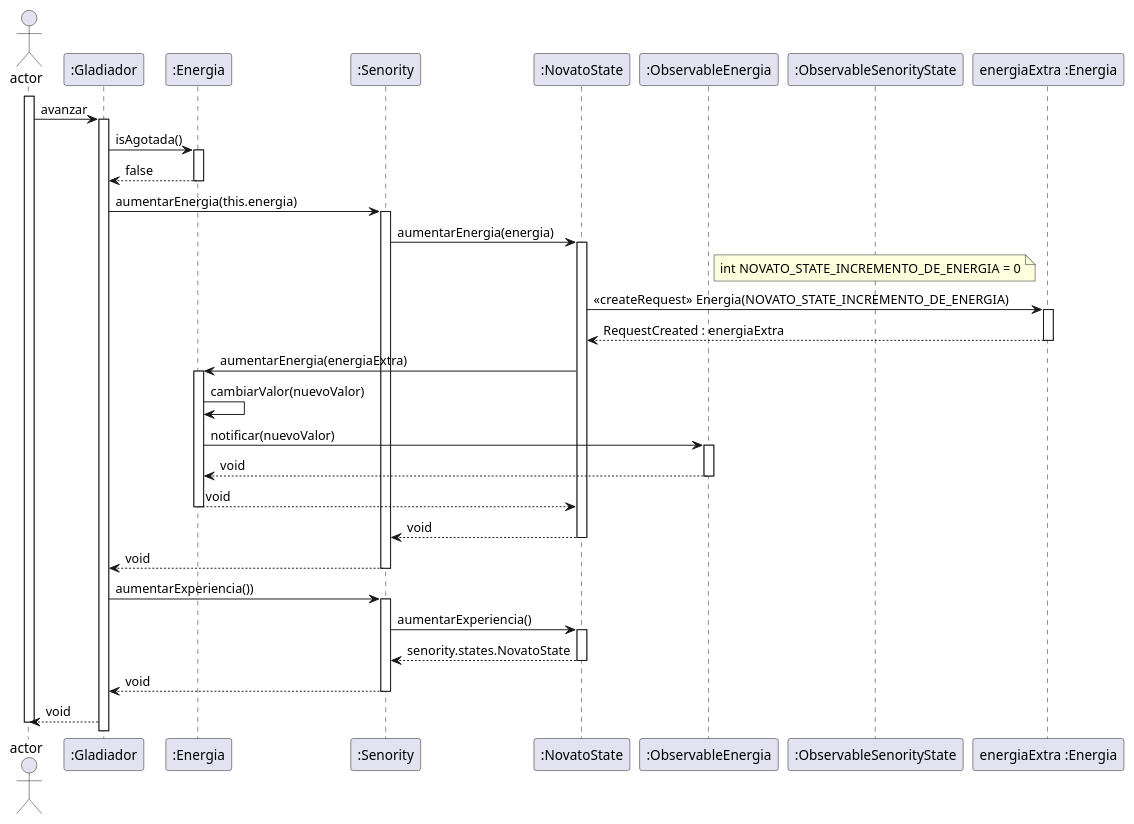
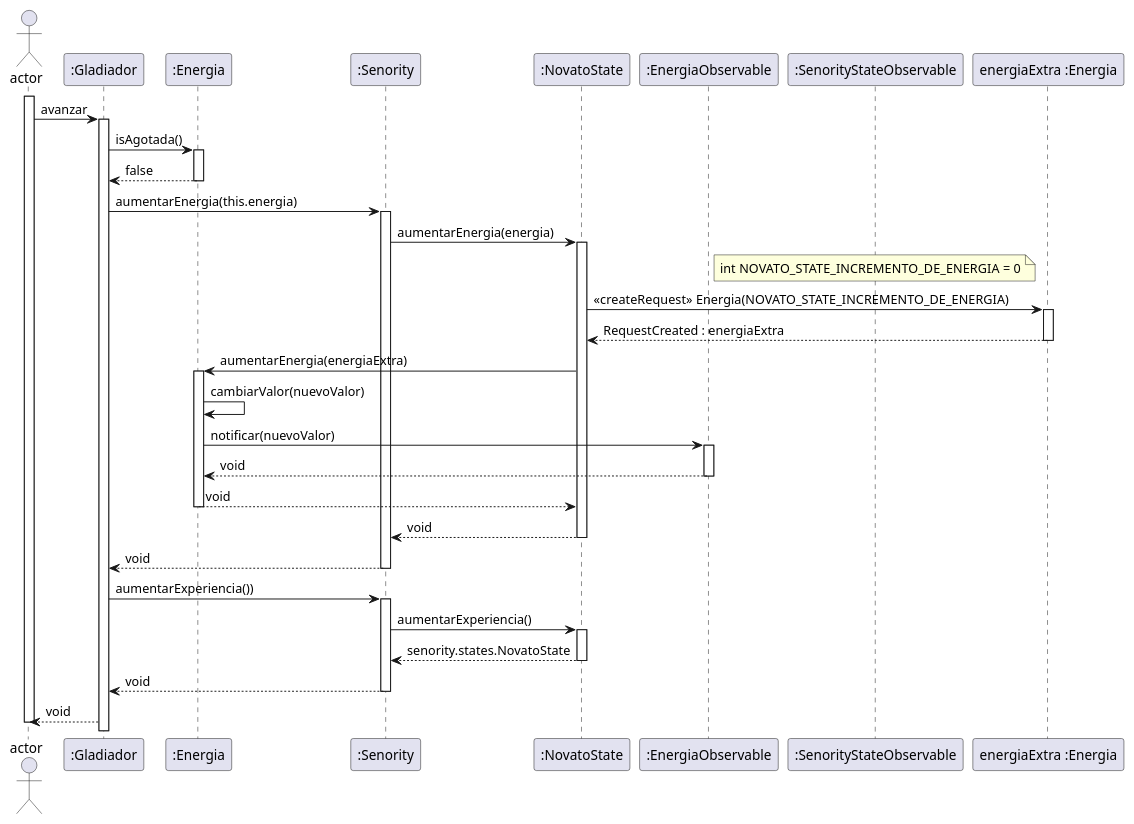
Before and after one commit to RodriguezNazareno56/FIUBA-Algo3-TP2: the diagram in diagrams/sequences/AvanzarGladiadorConSeniorityNovato_PolimorfimoAlIncrementarEnergiaDeAcuerdoAlSeniority.plantuml, drawn with PlantUML. The commit also changed 8 other files, not shown here.

Commit message:
cambio el nombre de los observables en los diagramas se secuencias (#203)

```diff
--- a/diagrams/sequences/AvanzarGladiadorConSeniorityNovato_PolimorfimoAlIncrementarEnergiaDeAcuerdoAlSeniority.plantuml
+++ b/diagrams/sequences/AvanzarGladiadorConSeniorityNovato_PolimorfimoAlIncrementarEnergiaDeAcuerdoAlSeniority.plantuml
@@ -1,53 +1,53 @@
 @startuml
 actor Actor as "actor"
 participant Gladiador as ":Gladiador"
 participant Energia as ":Energia"
 participant Senority as ":Senority"
 participant NovatoState as ":NovatoState"
-participant ObservableEnergia as ":ObservableEnergia"
-participant ObservableSenorityState as ":ObservableSenorityState"
+participant ObservableEnergia as ":EnergiaObservable"
+participant ObservableSenorityState as ":SenorityStateObservable"
 participant EnergiaExtra as "energiaExtra :Energia"
 
   Note right
 verificarQueSiPasan8TurnosElSeniorityDelGladiadorPasaDeNovatoASemiSeniorYVeSuEnergiaIncrementadaAlProximoTurno
   End note
   activate Actor
     Actor->Gladiador: avanzar
     activate Gladiador
       Gladiador->Energia: isAgotada()
       activate Energia
       Gladiador<--Energia: false
       deactivate Energia
       Gladiador->Senority: aumentarEnergia(this.energia)
       activate Senority
         Senority->NovatoState: aumentarEnergia(energia)
         activate NovatoState
         note over ObservableSenorityState : int NOVATO_STATE_INCREMENTO_DE_ENERGIA = 0
         NovatoState->EnergiaExtra: << createRequest >> Energia(NOVATO_STATE_INCREMENTO_DE_ENERGIA)
         activate EnergiaExtra
         EnergiaExtra-->NovatoState: RequestCreated : energiaExtra
         deactivate EnergiaExtra
           NovatoState->Energia: aumentarEnergia(energiaExtra)
           activate Energia
           Energia->Energia: cambiarValor(nuevoValor)
             Energia->ObservableEnergia: notificar(nuevoValor)
             activate ObservableEnergia
             Energia<--ObservableEnergia: void
             deactivate ObservableEnergia
           NovatoState<--Energia: void
           deactivate Energia
         Senority<--NovatoState: void
         deactivate NovatoState
       Gladiador<--Senority: void
       deactivate Senority
       Gladiador->Senority: aumentarExperiencia())
       activate Senority
         Senority->NovatoState: aumentarExperiencia()
         activate NovatoState
         Senority<--NovatoState: senority.states.NovatoState
         deactivate NovatoState
       Gladiador<--Senority: void
       deactivate Senority
     Actor<--Gladiador: void
   deactivate Actor
 @enduml
```
